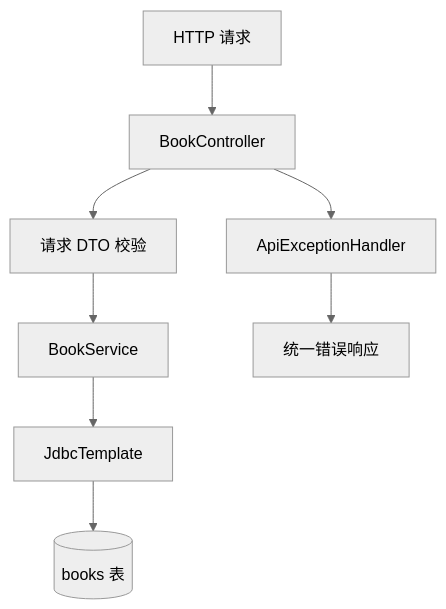
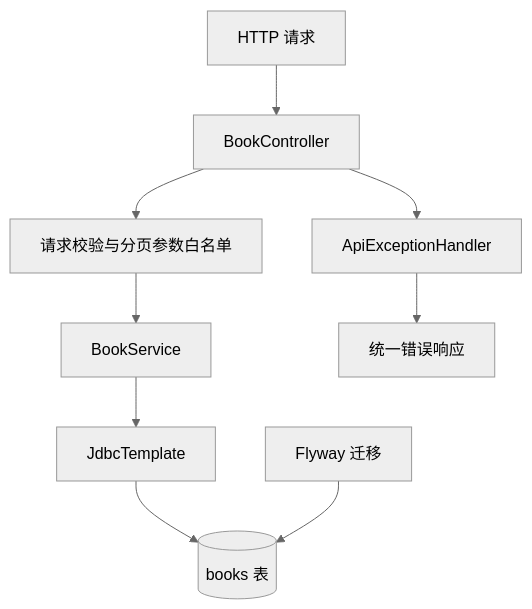
One commit to ilikui/Java changed the diagram in Topics/17-SpringBootRESTAPI实战.md. Above: the diagram before and after it, drawn with Mermaid (neutral theme). The commit also changed other lines of this file, not shown here.

Commit message:
docs: expand pagination and Flyway REST API topic

````diff
--- a/Topics/17-SpringBootRESTAPI实战.md
+++ b/Topics/17-SpringBootRESTAPI实战.md
@@ -10,10 +10,11 @@
 ```mermaid
 flowchart TD
     A[HTTP 请求] --> B[BookController]
-    B --> C[请求 DTO 校验]
+    B --> C[请求校验与分页参数白名单]
     C --> D[BookService]
     D --> E[JdbcTemplate]
     E --> F[(books 表)]
-    B --> G[ApiExceptionHandler]
-    G --> H[统一错误响应]
+    G[Flyway 迁移] --> F
+    B --> H[ApiExceptionHandler]
+    H --> I[统一错误响应]
 ```
````
